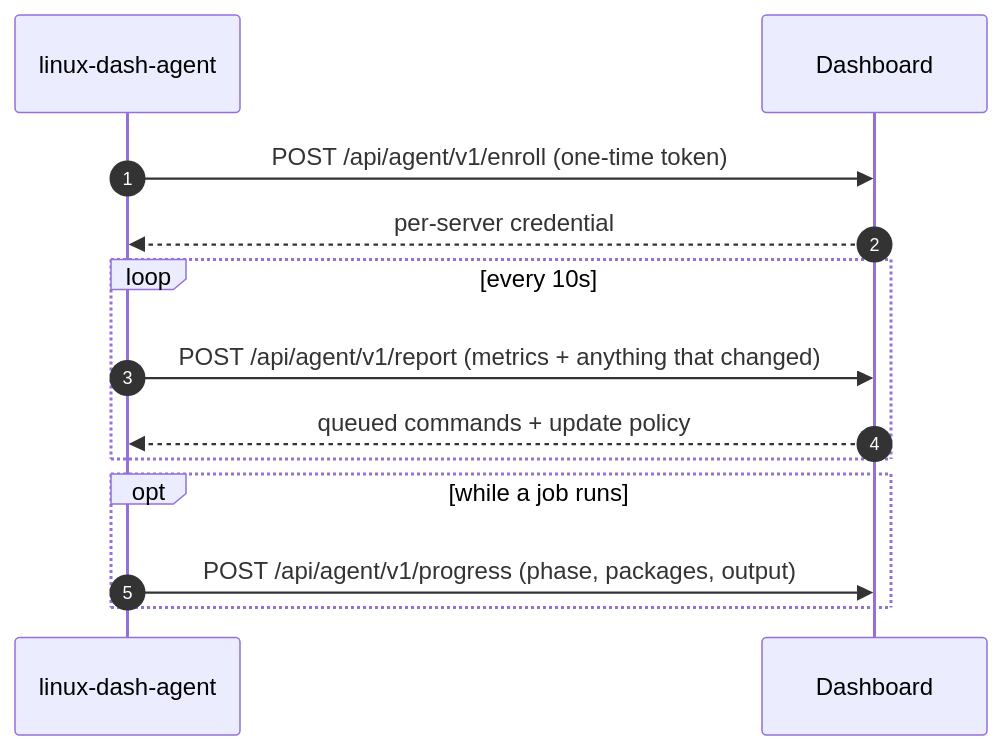
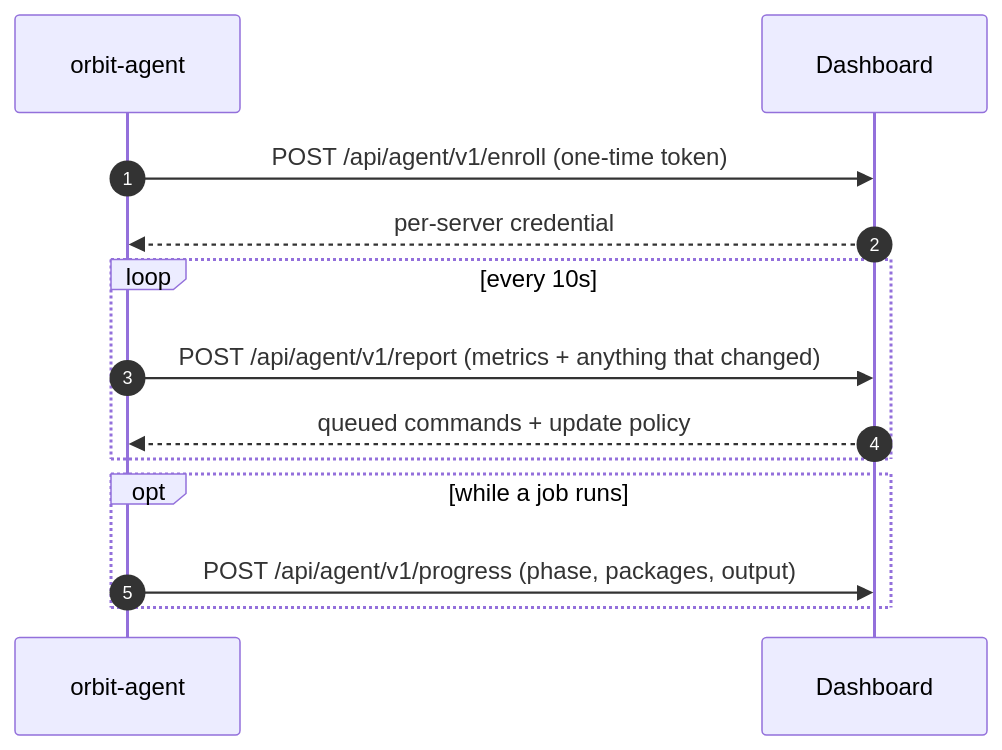
The diagram in README.md (Orbit-Auto-Updater/orbit-agent), drawn with Mermaid before and after one commit. The commit also changed other lines of this file and 38 other files, not shown here.

````diff
--- a/README.md
+++ b/README.md
@@ -43,16 +43,16 @@
 ```mermaid
 sequenceDiagram
     autonumber
-    participant A as linux-dash-agent
+    participant A as orbit-agent
     participant D as Dashboard
 
     A->>D: POST /api/agent/v1/enroll (one-time token)
     D-->>A: per-server credential
     loop every 10s
         A->>D: POST /api/agent/v1/report (metrics + anything that changed)
         D-->>A: queued commands + update policy
     end
     opt while a job runs
         A->>D: POST /api/agent/v1/progress (phase, packages, output)
     end
 ```
````
